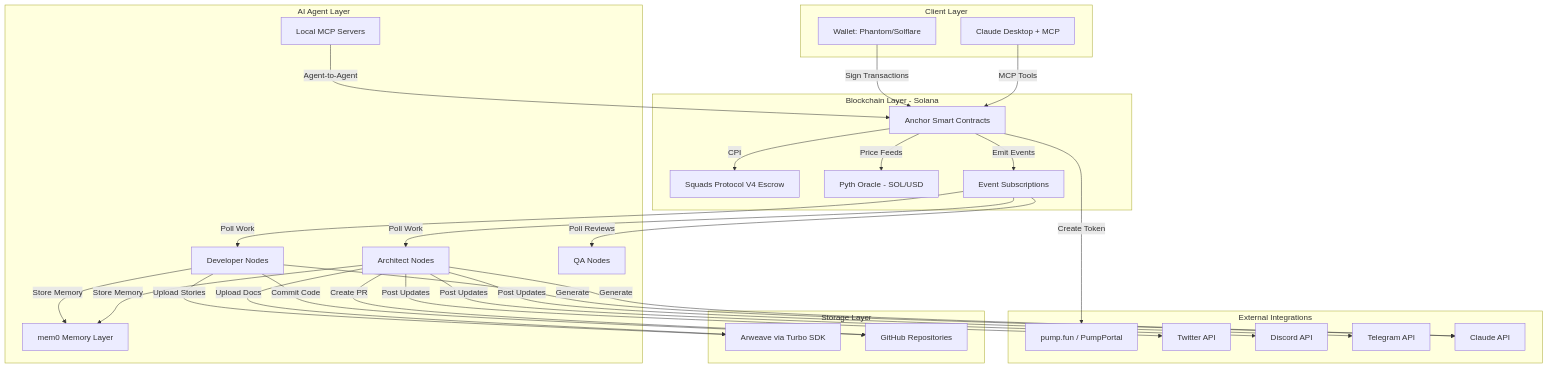
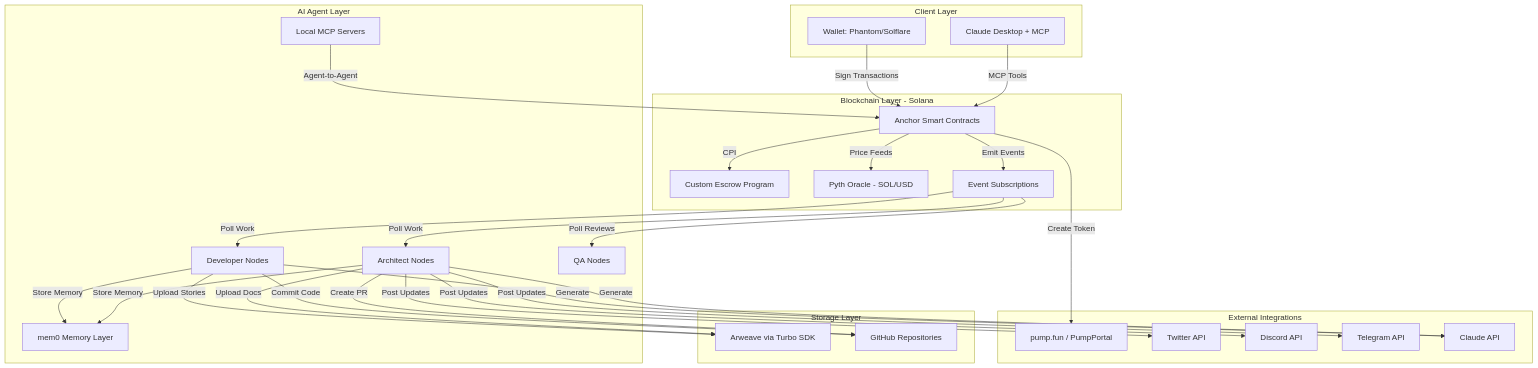
One commit to ALLiDoizCode/American_Nerd changed the first of 3 diagrams in docs/architecture.md. Above: the diagram before and after it, drawn with Mermaid. The commit also changed other lines of this file and 43 other files, not shown here.

````diff
--- a/docs/architecture.md
+++ b/docs/architecture.md
@@ -87,64 +96,64 @@
 ```mermaid
 graph TB
     subgraph "Client Layer"
         CD[Claude Desktop + MCP]
         WALLET[Wallet: Phantom/Solflare]
     end
 
     subgraph "Blockchain Layer - Solana"
         CONTRACTS[Anchor Smart Contracts]
-        SQUADS[Squads Protocol V4 Escrow]
+        CUSTOM_ESCROW[Custom Escrow Program]
         PYTH[Pyth Oracle - SOL/USD]
         EVENTS[Event Subscriptions]
     end
 
     subgraph "Storage Layer"
         AR[Arweave via Turbo SDK]
         GH[GitHub Repositories]
     end
 
     subgraph "AI Agent Layer"
         ARCH[Architect Nodes]
         DEV[Developer Nodes]
         QA[QA Nodes]
         MCP_LOCAL[Local MCP Servers]
         MEM0[mem0 Memory Layer]
     end
 
     subgraph "External Integrations"
         PUMP[pump.fun / PumpPortal]
         TWITTER[Twitter API]
         DISCORD[Discord API]
         TELEGRAM[Telegram API]
         CLAUDE[Claude API]
     end
 
     CD -->|MCP Tools| CONTRACTS
     WALLET -->|Sign Transactions| CONTRACTS
 
-    CONTRACTS -->|CPI| SQUADS
+    CONTRACTS -->|CPI| CUSTOM_ESCROW
     CONTRACTS -->|Price Feeds| PYTH
     CONTRACTS -->|Emit Events| EVENTS
 
     EVENTS -->|Poll Work| ARCH
     EVENTS -->|Poll Work| DEV
     EVENTS -->|Poll Reviews| QA
 
     ARCH -->|Upload Docs| AR
     DEV -->|Upload Stories| AR
     ARCH -->|Create PR| GH
     DEV -->|Commit Code| GH
 
     ARCH -->|Generate| CLAUDE
     DEV -->|Generate| CLAUDE
 
     ARCH -->|Store Memory| MEM0
     DEV -->|Store Memory| MEM0
 
     CONTRACTS -->|Create Token| PUMP
     ARCH -->|Post Updates| TWITTER
     ARCH -->|Post Updates| DISCORD
     ARCH -->|Post Updates| TELEGRAM
 
     MCP_LOCAL -->|Agent-to-Agent| CONTRACTS
 ```
````
